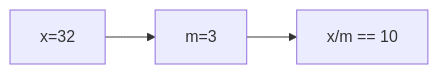
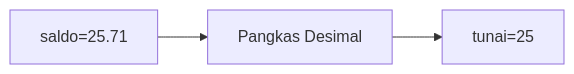
Diagram 11 of 25 in part-c-pemahaman-cpp/01-tipe-data/latihan/set-11.md (amnahwaida/OSNK_INF_PREP), drawn with Mermaid before and after one commit. The commit also changed other lines of this file and 71 other files, not shown here.

````diff
--- a/part-c-pemahaman-cpp/01-tipe-data/latihan/set-11.md
+++ b/part-c-pemahaman-cpp/01-tipe-data/latihan/set-11.md
@@ -268,5 +307,5 @@
 ```mermaid
 graph LR
-A["x=32"] --> B["m=3"]
-B --> C["x/m == 10"]
+A["saldo=25.71"] --> B["Pangkas Desimal"]
+B --> C["tunai=25"]
 ```
````
